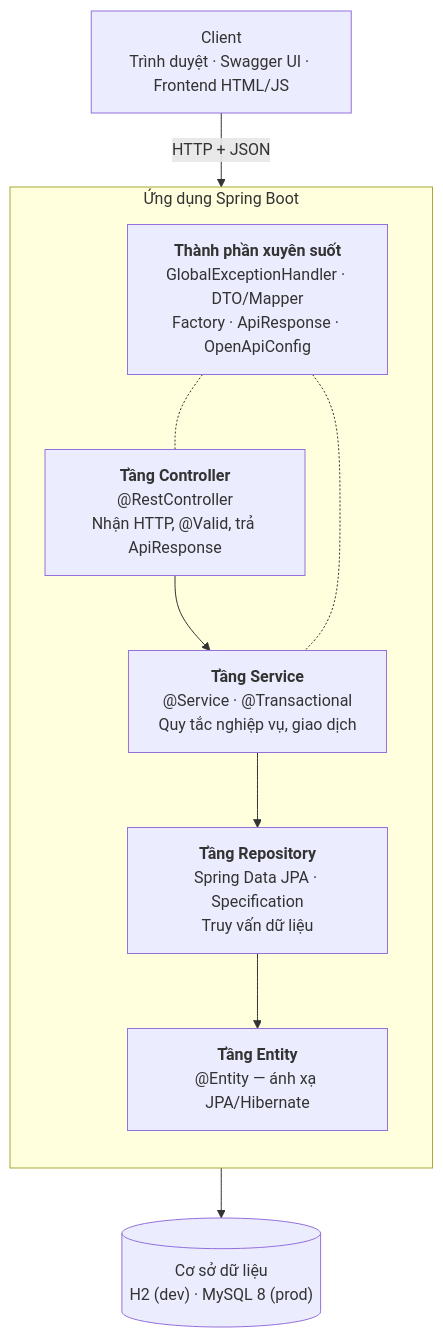
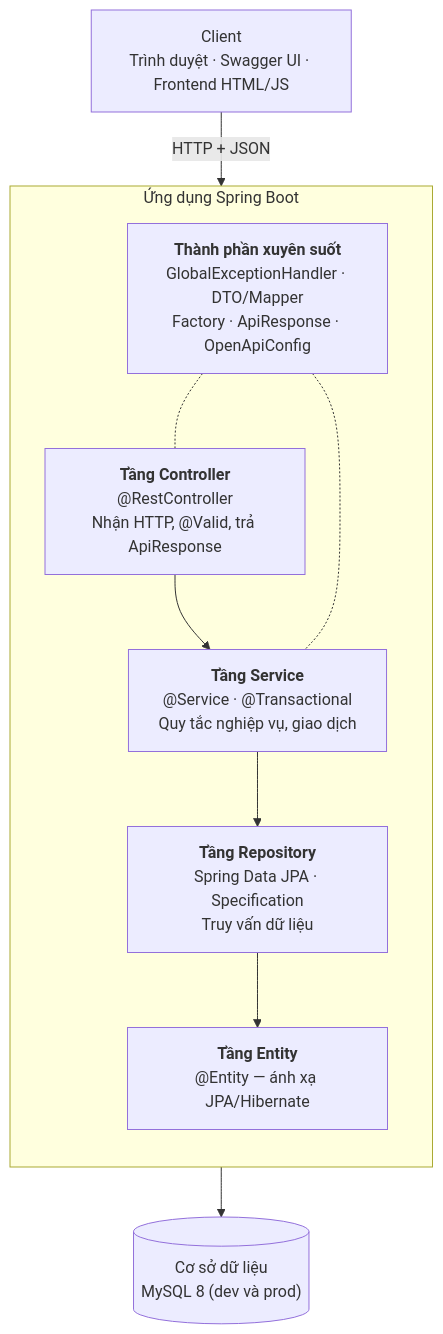
The first of 4 diagrams in docs/architecture.md (hmddevv/CourseManagementSystem), drawn with Mermaid before and after one commit. The commit also changed other lines of this file and 20 other files, not shown here.

First line of the commit message:
refactor(config): cho profile dev chay MySQL giong prod

````diff
--- a/docs/architecture.md
+++ b/docs/architecture.md
@@ -13,23 +13,23 @@
 ```mermaid
 flowchart TD
     Client["Client<br/>Trình duyệt · Swagger UI · Frontend HTML/JS"]
 
     subgraph App["Ứng dụng Spring Boot"]
         direction TB
         Ctrl["<b>Tầng Controller</b><br/>@RestController<br/>Nhận HTTP, @Valid, trả ApiResponse"]
         Svc["<b>Tầng Service</b><br/>@Service · @Transactional<br/>Quy tắc nghiệp vụ, giao dịch"]
         Repo["<b>Tầng Repository</b><br/>Spring Data JPA · Specification<br/>Truy vấn dữ liệu"]
         Ent["<b>Tầng Entity</b><br/>@Entity — ánh xạ JPA/Hibernate"]
 
         Ctrl --> Svc --> Repo --> Ent
 
         Cross["<b>Thành phần xuyên suốt</b><br/>GlobalExceptionHandler · DTO/Mapper<br/>Factory · ApiResponse · OpenApiConfig"]
     end
 
-    DB[("Cơ sở dữ liệu<br/>H2 (dev) · MySQL 8 (prod)")]
+    DB[("Cơ sở dữ liệu<br/>MySQL 8 (dev và prod)")]
 
     Client -- "HTTP + JSON" --> Ctrl
     Ent --> DB
     Cross -.- Ctrl
     Cross -.- Svc
 ```
````
